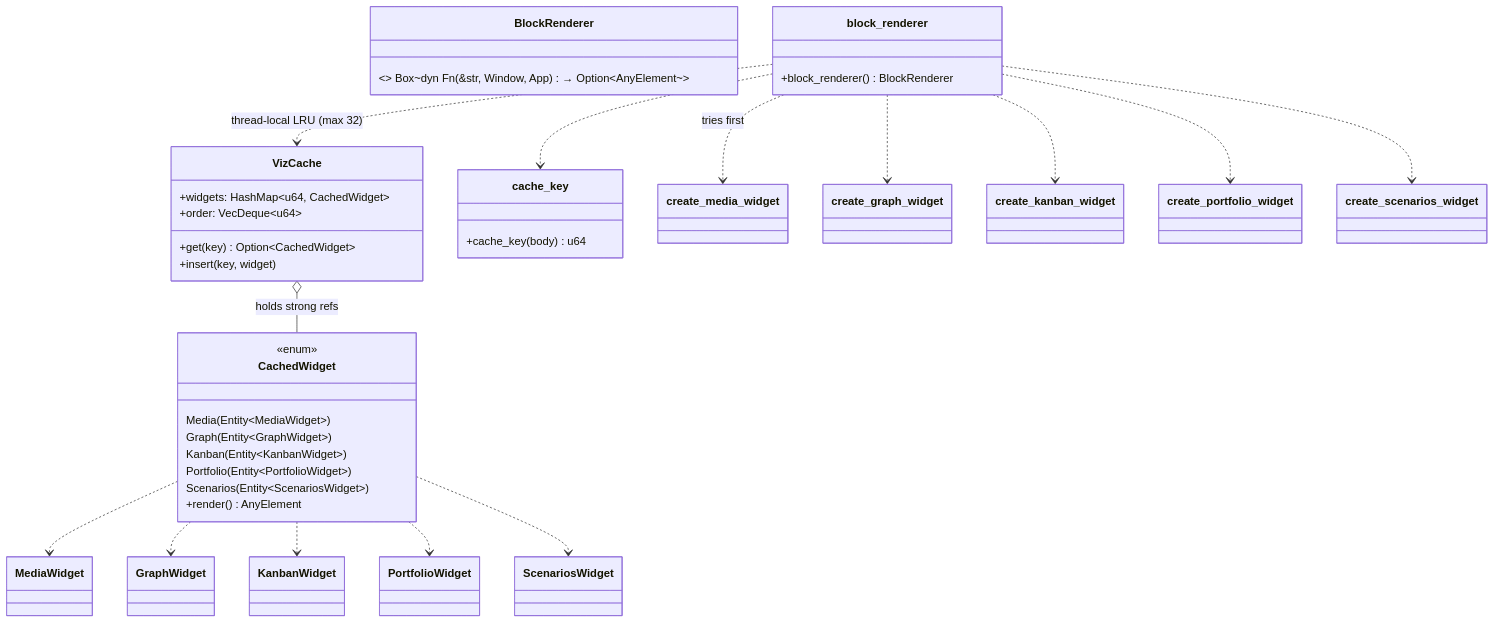
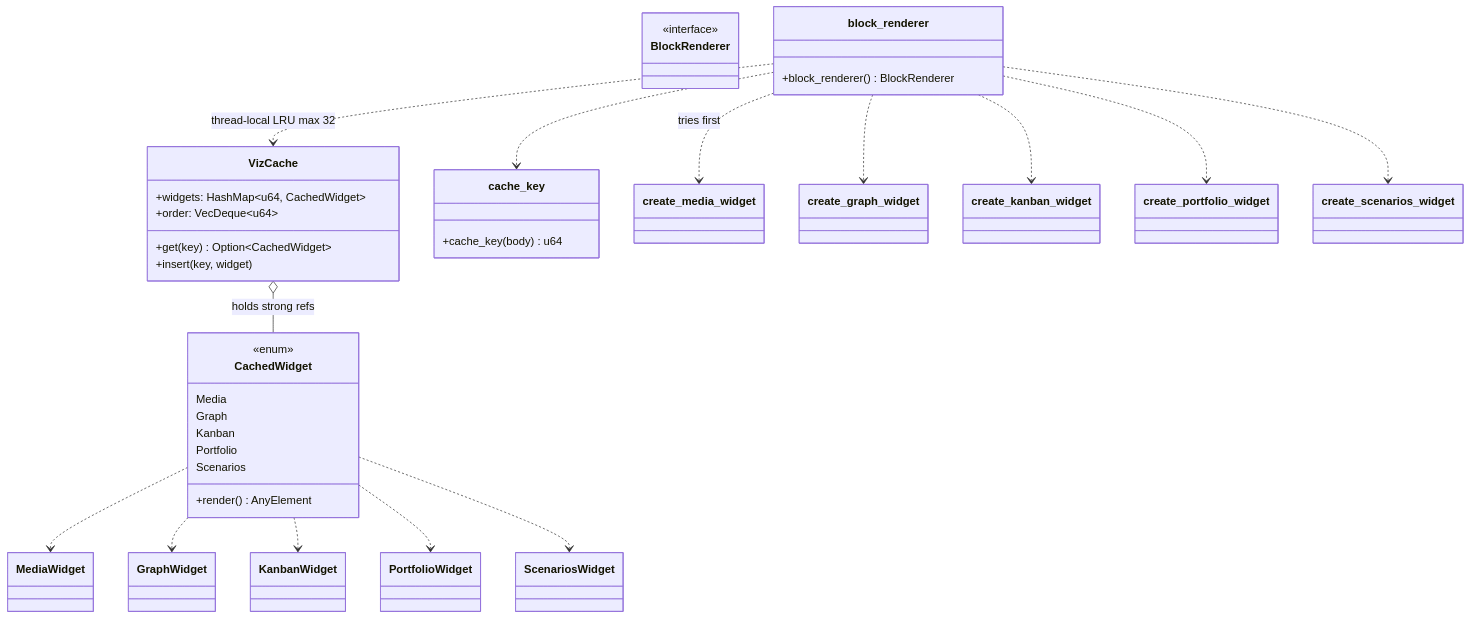
Before and after one commit to mdz-axo/zed-kask: the diagram in kask/docs/diagrams/class-hkask-viz-core.md, drawn with Mermaid. The commit also changed 10 other files, not shown here.

````diff
--- a/kask/docs/diagrams/class-hkask-viz-core.md
+++ b/kask/docs/diagrams/class-hkask-viz-core.md
@@ -10,46 +10,46 @@
 ```mermaid
 classDiagram
     class BlockRenderer {
-        <<type>> Box~dyn Fn(&str, Window, App) → Option~AnyElement~~
+        <<interface>>
     }
     class block_renderer {
         +block_renderer() BlockRenderer
     }
     class VizCache {
         +widgets: HashMap~u64, CachedWidget~
         +order: VecDeque~u64~
         +get(key) Option~CachedWidget~
         +insert(key, widget)
     }
     class CachedWidget {
         <<enum>>
-        Media(Entity~MediaWidget~)
-        Graph(Entity~GraphWidget~)
-        Kanban(Entity~KanbanWidget~)
-        Portfolio(Entity~PortfolioWidget~)
-        Scenarios(Entity~ScenariosWidget~)
+        Media
+        Graph
+        Kanban
+        Portfolio
+        Scenarios
         +render() AnyElement
     }
     class cache_key {
         +cache_key(body) u64
     }
     class create_media_widget
     class create_graph_widget
     class create_kanban_widget
     class create_portfolio_widget
     class create_scenarios_widget
 
-    block_renderer ..> VizCache : thread-local LRU (max 32)
+    block_renderer ..> VizCache : thread-local LRU max 32
     block_renderer ..> cache_key
     block_renderer ..> create_media_widget : tries first
     block_renderer ..> create_graph_widget
     block_renderer ..> create_kanban_widget
     block_renderer ..> create_portfolio_widget
     block_renderer ..> create_scenarios_widget
     VizCache o-- CachedWidget : holds strong refs
     CachedWidget ..> MediaWidget
     CachedWidget ..> GraphWidget
     CachedWidget ..> KanbanWidget
     CachedWidget ..> PortfolioWidget
     CachedWidget ..> ScenariosWidget
 ```
````
